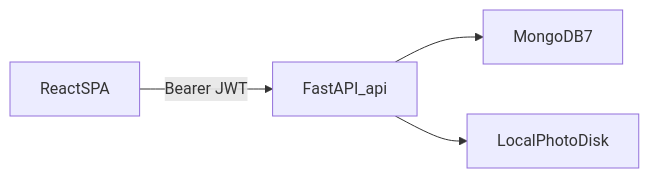
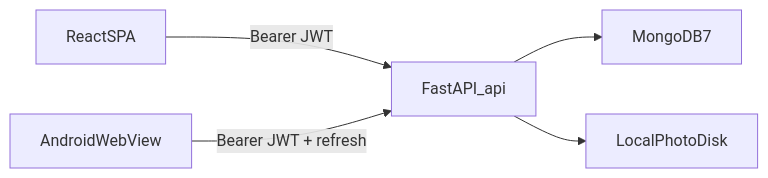
The first of 3 diagrams in docs/TECHNICAL_DESIGN.md (roktav/emergent-inspection), drawn with Mermaid before and after one commit. The commit also changed other lines of this file and 88 other files, not shown here.

````diff
--- a/docs/TECHNICAL_DESIGN.md
+++ b/docs/TECHNICAL_DESIGN.md
@@ -48,10 +49,12 @@
 ```mermaid
 flowchart LR
   browser[ReactSPA]
+  apk[AndroidWebView]
   api[FastAPI_api]
   mongo[MongoDB7]
   disk[LocalPhotoDisk]
   browser -->|"Bearer JWT"| api
+  apk -->|"Bearer JWT + refresh"| api
   api --> mongo
   api --> disk
 ```
````
